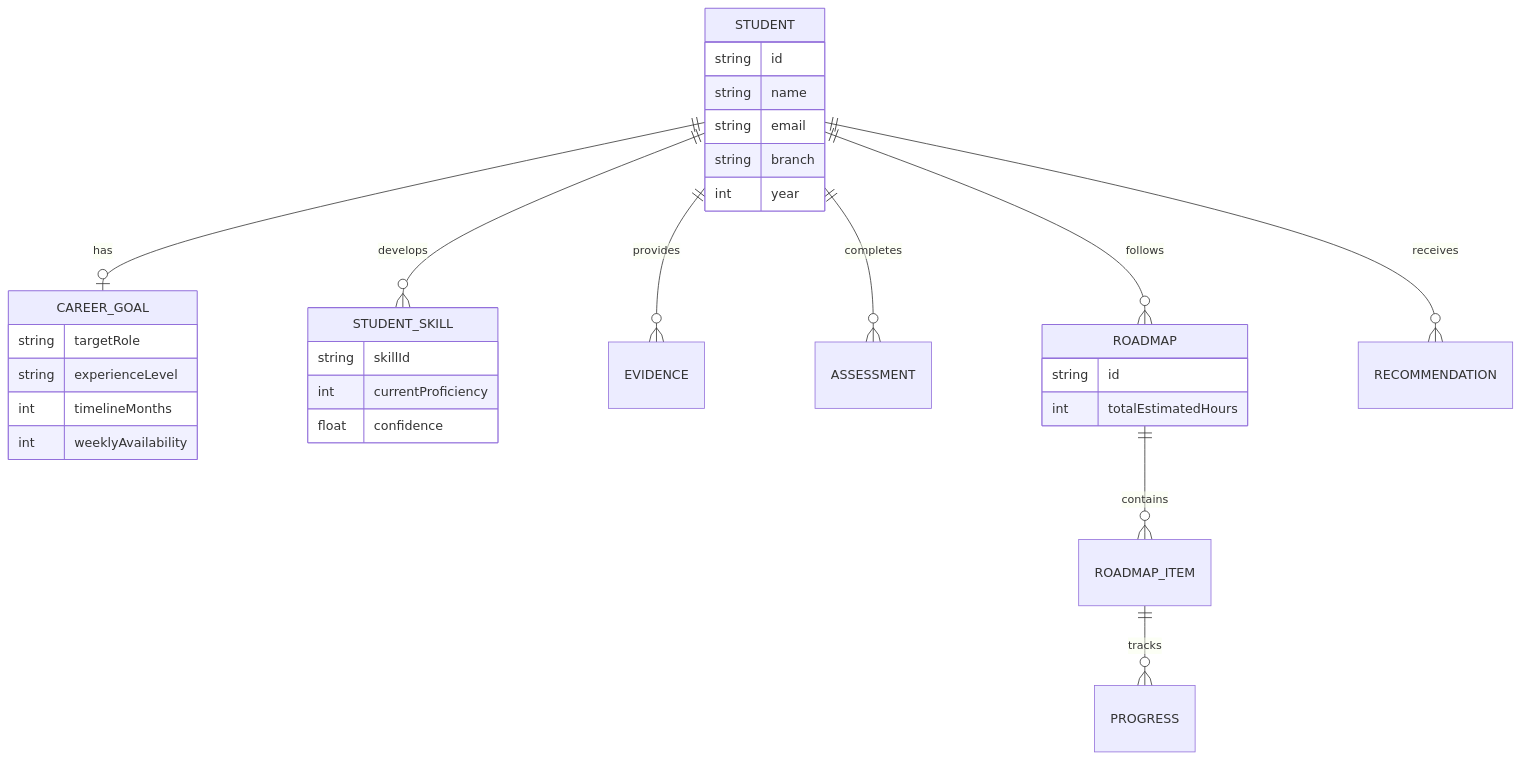
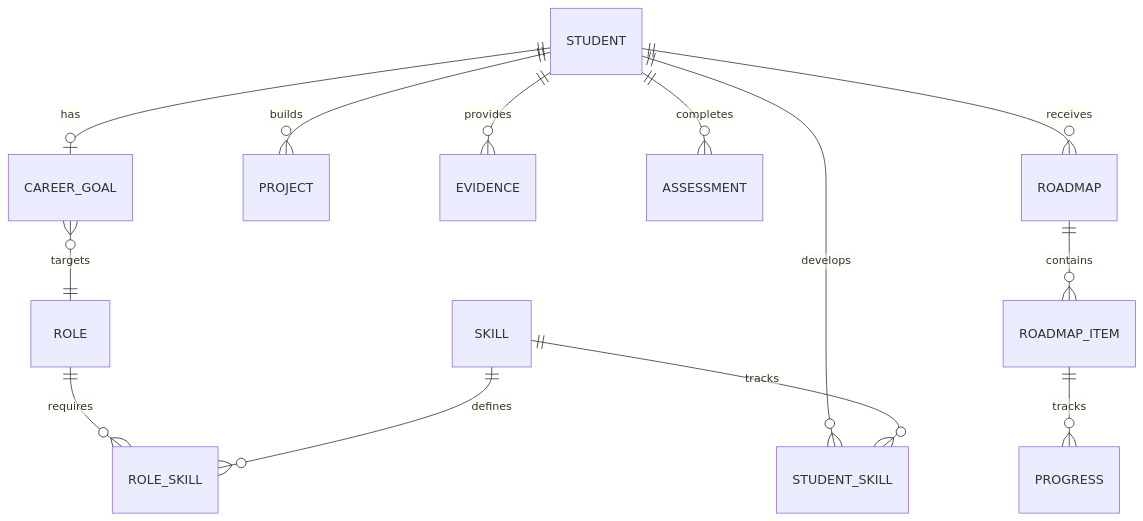
One commit to itsdivyanshuno/gaply-bnb-2026 changed the eighth of 9 diagrams in README.md. Above: the diagram before and after it, drawn with Mermaid. The commit also changed other lines of this file, not shown here.

````diff
--- a/README.md
+++ b/README.md
@@ -459,37 +374,19 @@
 ```mermaid
 erDiagram
     STUDENT ||--o| CAREER_GOAL : has
     STUDENT ||--o{ STUDENT_SKILL : develops
+    SKILL ||--o{ STUDENT_SKILL : tracks
+
+    CAREER_GOAL }o--|| ROLE : targets
+    ROLE ||--o{ ROLE_SKILL : requires
+    SKILL ||--o{ ROLE_SKILL : defines
+
+    STUDENT ||--o{ PROJECT : builds
     STUDENT ||--o{ EVIDENCE : provides
     STUDENT ||--o{ ASSESSMENT : completes
-    STUDENT ||--o{ ROADMAP : follows
+
+    STUDENT ||--o{ ROADMAP : receives
     ROADMAP ||--o{ ROADMAP_ITEM : contains
+
     ROADMAP_ITEM ||--o{ PROGRESS : tracks
-    STUDENT ||--o{ RECOMMENDATION : receives
-
-    STUDENT {
-        string id
-        string name
-        string email
-        string branch
-        int year
-    }
-
-    CAREER_GOAL {
-        string targetRole
-        string experienceLevel
-        int timelineMonths
-        int weeklyAvailability
-    }
-
-    STUDENT_SKILL {
-        string skillId
-        int currentProficiency
-        float confidence
-    }
-
-    ROADMAP {
-        string id
-        int totalEstimatedHours
-    }
 ```
````
